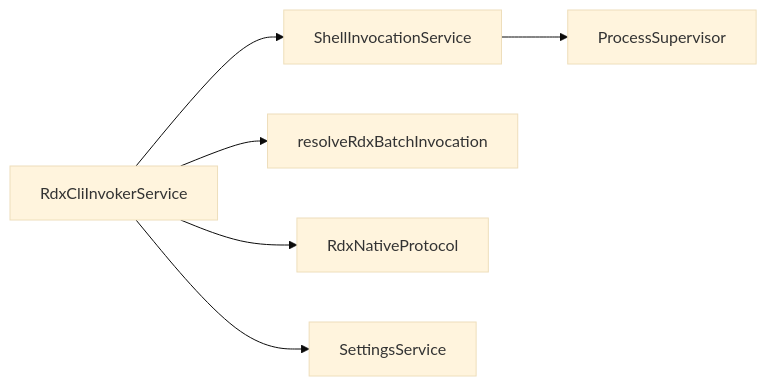
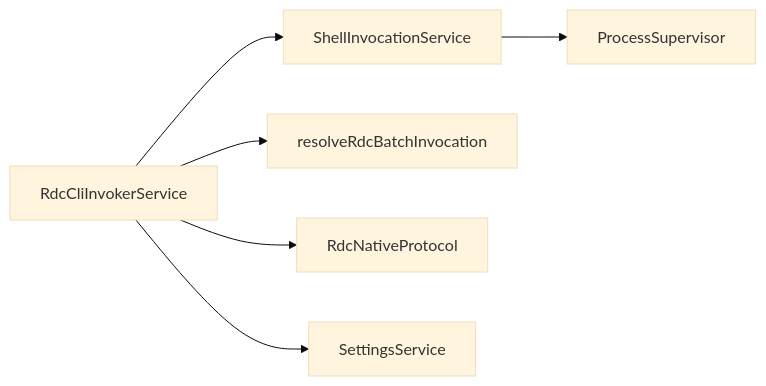
The fifth of 5 diagrams in .qoder/repowiki/zh/content/API 参考/工具 API/CLI 工具接口.md (haolange/RDC-Agent), drawn with Mermaid (base theme) before and after one commit. The commit also changed other lines of this file and 557 other files, not shown here.

````diff
--- a/.qoder/repowiki/zh/content/API 参考/工具 API/CLI 工具接口.md
+++ b/.qoder/repowiki/zh/content/API 参考/工具 API/CLI 工具接口.md
@@ -191,8 +191,8 @@
 ```mermaid
 graph LR
-S["RdxCliInvokerService"] --> SS["ShellInvocationService"]
-S --> RP["resolveRdxBatchInvocation"]
-S --> NP["RdxNativeProtocol"]
+S["RdcCliInvokerService"] --> SS["ShellInvocationService"]
+S --> RP["resolveRdcBatchInvocation"]
+S --> NP["RdcNativeProtocol"]
 S --> ST["SettingsService"]
 SS --> PS["ProcessSupervisor"]
 ```
````
